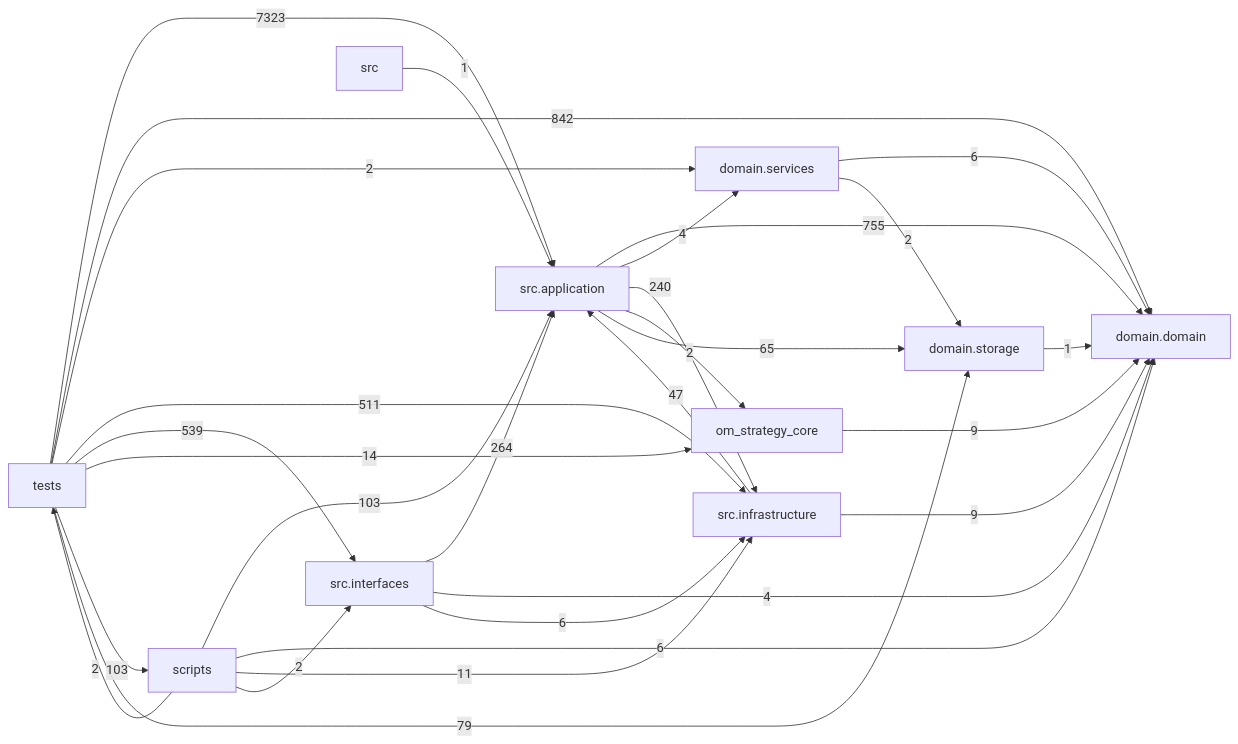
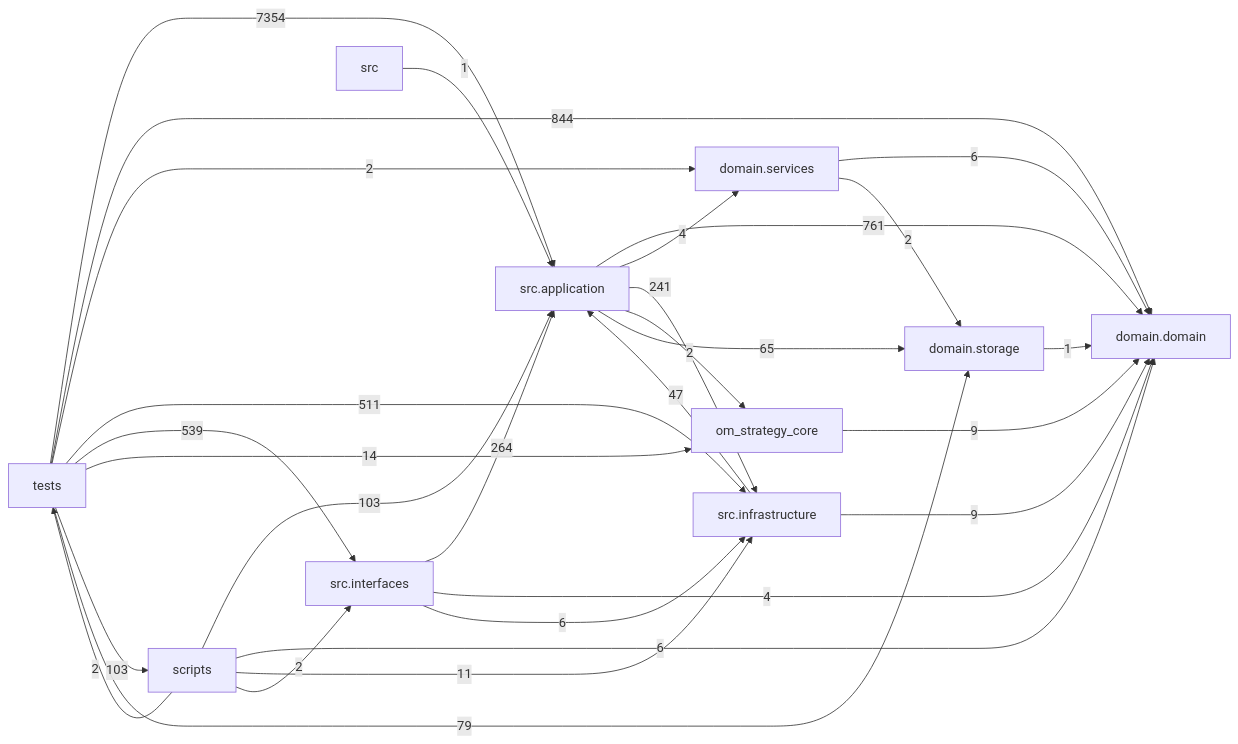
The diagram in docs/DEPENDENCY_GRAPH.md (liuxie066/options-monitor), drawn with Mermaid before and after one commit. The commit also changed other lines of this file and 25 other files, not shown here.

````diff
--- a/docs/DEPENDENCY_GRAPH.md
+++ b/docs/DEPENDENCY_GRAPH.md
@@ -24,39 +24,39 @@
 ```mermaid
 flowchart LR
   tests["tests"]
   scripts["scripts"]
   interfaces["src.interfaces"]
   application["src.application"]
   infrastructure["src.infrastructure"]
   domain_services["domain.services"]
   domain["domain.domain"]
   storage["domain.storage"]
-  application -->|755| domain
+  application -->|761| domain
   application -->|4| domain_services
-  application -->|240| infrastructure
+  application -->|241| infrastructure
   application -->|2| om_strategy_core
   application -->|65| storage
   domain_services -->|6| domain
   domain_services -->|2| storage
   infrastructure -->|47| application
   infrastructure -->|9| domain
   interfaces -->|264| application
   interfaces -->|4| domain
   interfaces -->|6| infrastructure
   om_strategy_core -->|9| domain
   scripts -->|103| application
   scripts -->|6| domain
   scripts -->|11| infrastructure
   scripts -->|2| interfaces
   scripts -->|2| tests
   src -->|1| application
   storage -->|1| domain
-  tests -->|7323| application
-  tests -->|842| domain
+  tests -->|7354| application
+  tests -->|844| domain
   tests -->|2| domain_services
   tests -->|511| infrastructure
   tests -->|539| interfaces
   tests -->|14| om_strategy_core
   tests -->|103| scripts
   tests -->|79| storage
 ```
````
